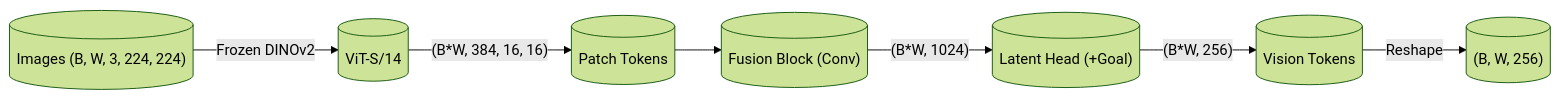
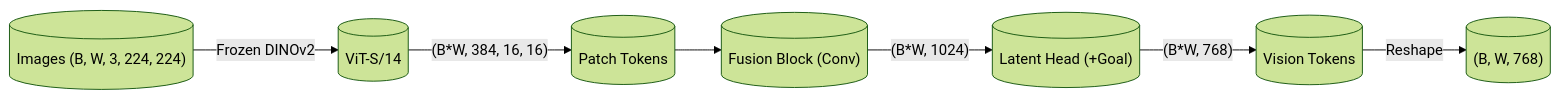
Before and after one commit to Thoooomas14/Axis: the second of 2 diagrams in docs/model_architecture_vis.md, drawn with Mermaid (forest theme). The commit also changed other lines of this file and 4 other files, not shown here.

````diff
--- a/docs/model_architecture_vis.md
+++ b/docs/model_architecture_vis.md
@@ -98,9 +98,9 @@
 ```mermaid
 graph LR
     I[("Images (B, W, 3, 224, 224)")] -->|Frozen DINOv2| VE[("ViT-S/14")]
     VE -->|"(B*W, 384, 16, 16)"| FM[("Patch Tokens")]
     FM --> FB[("Fusion Block (Conv)")]
     FB -->|"(B*W, 1024)"| LAT[("Latent Head (+Goal)")]
-    LAT -->|"(B*W, 256)"| T[("Vision Tokens")]
-    T -->|Reshape| OUT[("(B, W, 256)")]
+    LAT -->|"(B*W, 768)"| T[("Vision Tokens")]
+    T -->|Reshape| OUT[("(B, W, 768)")]
 ```
````
